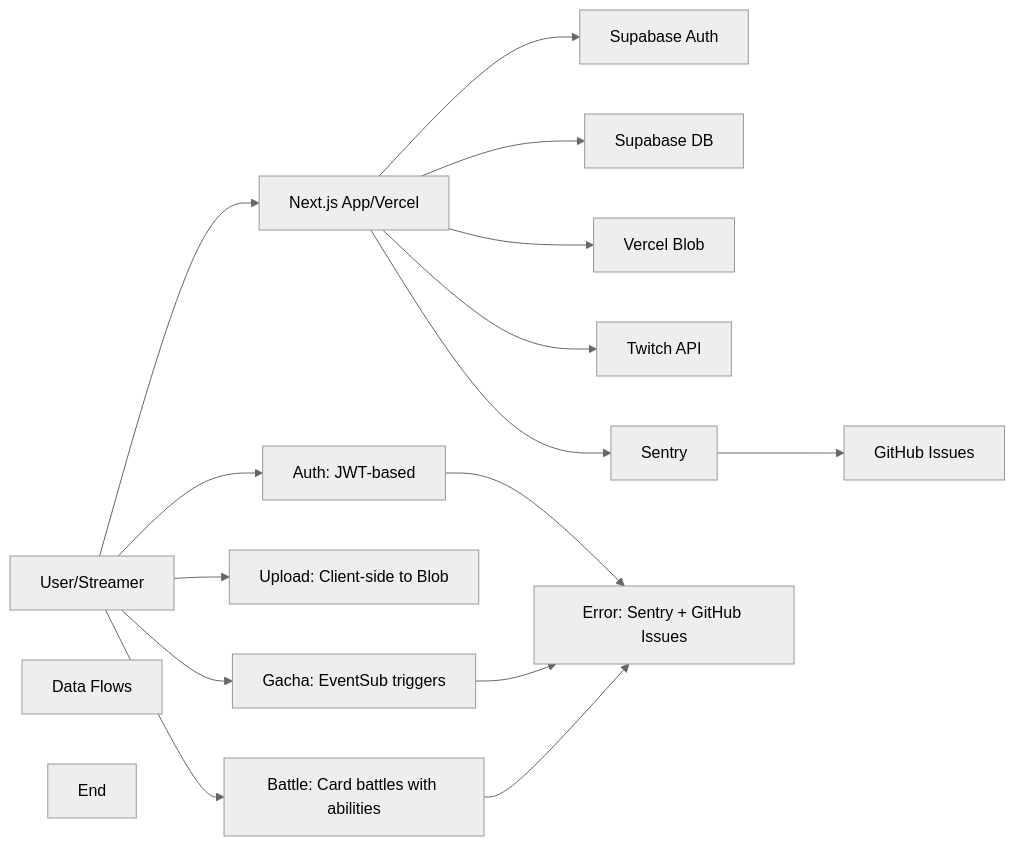
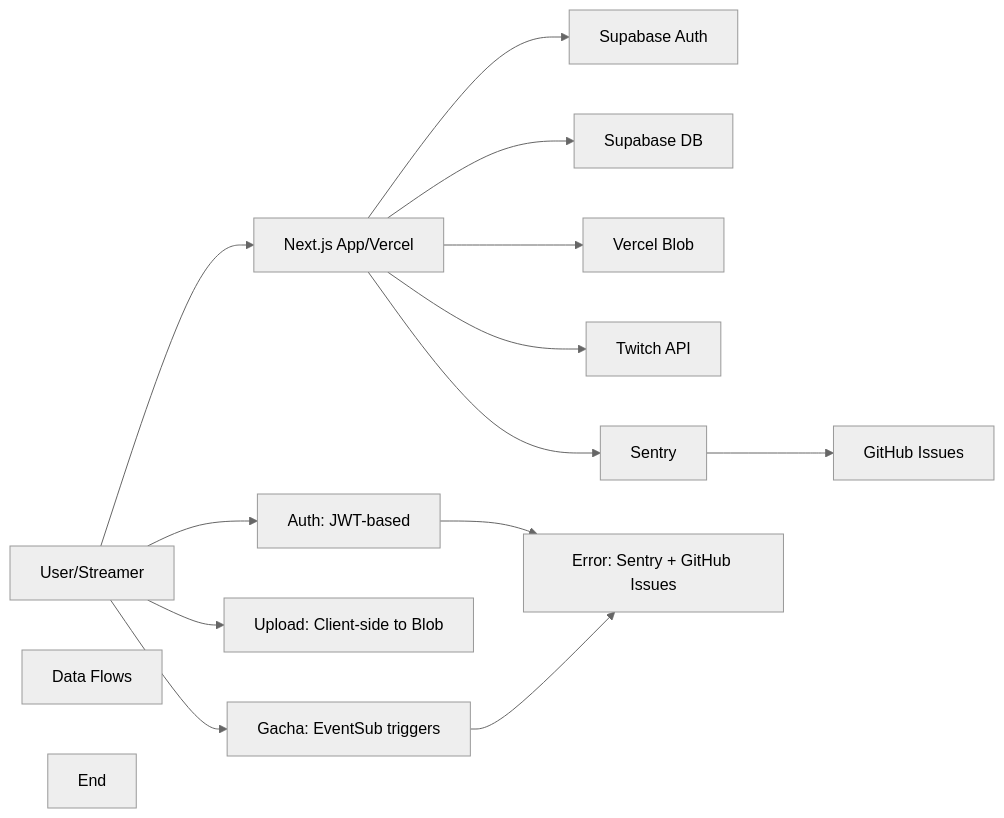
The diagram in README.md (azumag/twica), drawn with Mermaid (neutral theme) before and after one commit. The commit also changed other lines of this file and 24 other files, not shown here.

````diff
--- a/README.md
+++ b/README.md
@@ -112,26 +112,23 @@
 ```mermaid
 graph LR
     User[User/Streamer] --> NextJS[Next.js App/Vercel]
     NextJS --> SupabaseAuth[Supabase Auth]
     NextJS --> SupabaseDB[Supabase DB]
     NextJS --> VercelBlob[Vercel Blob]
     NextJS --> Twitch[Twitch API]
     NextJS --> Sentry[Sentry]
     Sentry --> GitHub[GitHub Issues]
 
     Subgraph[Data Flows]
     AuthFlow[Auth: JWT-based]
     UploadFlow[Upload: Client-side to Blob]
     GachaFlow[Gacha: EventSub triggers]
-    BattleFlow[Battle: Card battles with abilities]
     ErrorTracking[Error: Sentry + GitHub Issues]
     End
 
     User --> AuthFlow
     User --> UploadFlow
     User --> GachaFlow
-    User --> BattleFlow
     AuthFlow --> ErrorTracking
     GachaFlow --> ErrorTracking
-    BattleFlow --> ErrorTracking
 ```
````
